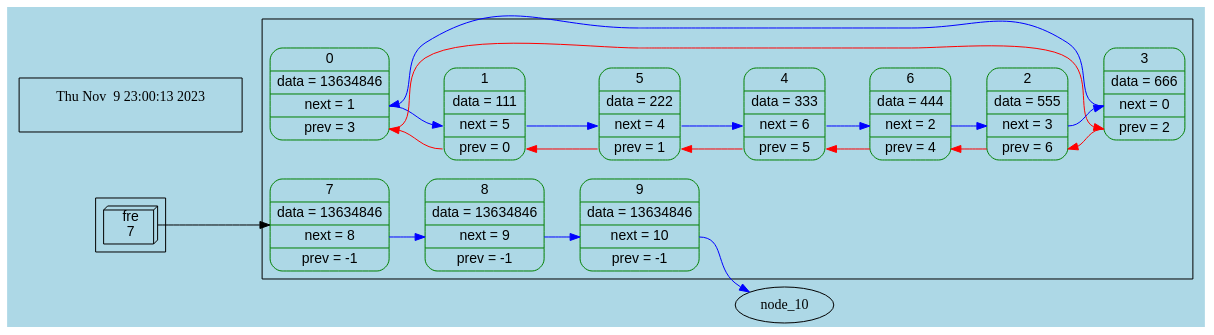
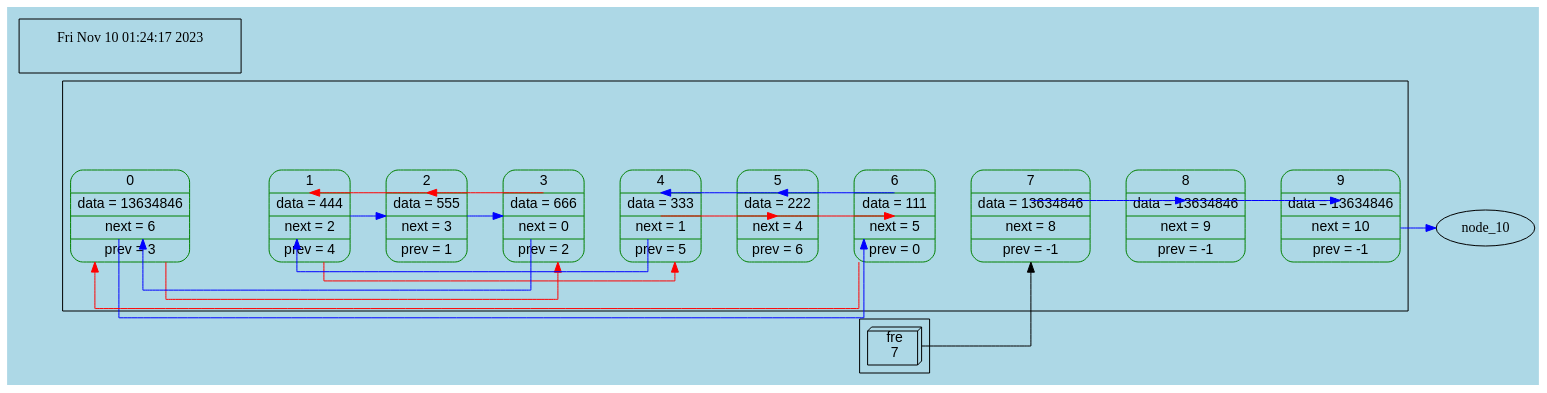
One commit to UjeNeTORT/HashFriendlyList changed the diagram in graph.dot. Above: the diagram before and after it, drawn with Graphviz. The commit also changed 5 other files, not shown here.

```diff
--- a/graph.dot
+++ b/graph.dot
@@ -1,62 +1,72 @@
 digraph list_1681692777 {
 rankdir = LR
+	splines = ortho;
 subgraph cluster_nodes_846930886 {
     node_0 [fontname="Helvetica, Arial, sans-serif"style=rounded
 color = green
- shape = record, label = " 0 | data = 13634846 | <fnext> next = 1 | <fprev> prev = 3 "];
+ shape = record, label = " 0 | data = 13634846 | <fnext> next = 6 | <fprev> prev = 3 "];
     node_1 [fontname="Helvetica, Arial, sans-serif"style=rounded
 color = green
- shape = record, label = " 1 | data = 111 | <fnext> next = 5 | <fprev> prev = 0 "];
+ shape = record, label = " 1 | data = 444 | <fnext> next = 2 | <fprev> prev = 4 "];
     node_2 [fontname="Helvetica, Arial, sans-serif"style=rounded
 color = green
- shape = record, label = " 2 | data = 555 | <fnext> next = 3 | <fprev> prev = 6 "];
+ shape = record, label = " 2 | data = 555 | <fnext> next = 3 | <fprev> prev = 1 "];
     node_3 [fontname="Helvetica, Arial, sans-serif"style=rounded
 color = green
  shape = record, label = " 3 | data = 666 | <fnext> next = 0 | <fprev> prev = 2 "];
     node_4 [fontname="Helvetica, Arial, sans-serif"style=rounded
 color = green
- shape = record, label = " 4 | data = 333 | <fnext> next = 6 | <fprev> prev = 5 "];
+ shape = record, label = " 4 | data = 333 | <fnext> next = 1 | <fprev> prev = 5 "];
     node_5 [fontname="Helvetica, Arial, sans-serif"style=rounded
 color = green
- shape = record, label = " 5 | data = 222 | <fnext> next = 4 | <fprev> prev = 1 "];
+ shape = record, label = " 5 | data = 222 | <fnext> next = 4 | <fprev> prev = 6 "];
     node_6 [fontname="Helvetica, Arial, sans-serif"style=rounded
 color = green
- shape = record, label = " 6 | data = 444 | <fnext> next = 2 | <fprev> prev = 4 "];
+ shape = record, label = " 6 | data = 111 | <fnext> next = 5 | <fprev> prev = 0 "];
     node_7 [fontname="Helvetica, Arial, sans-serif"style=rounded
 color = green
  shape = record, label = " 7 | data = 13634846 | <fnext> next = 8 | <fprev> prev = -1 "];
     node_8 [fontname="Helvetica, Arial, sans-serif"style=rounded
 color = green
  shape = record, label = " 8 | data = 13634846 | <fnext> next = 9 | <fprev> prev = -1 "];
     node_9 [fontname="Helvetica, Arial, sans-serif"style=rounded
 color = green
  shape = record, label = " 9 | data = 13634846 | <fnext> next = 10 | <fprev> prev = -1 "];
 }
 val_fre -> node_7;
-node_0: <fnext> -> node_1: <fnext> [color = blue];
-node_1: <fnext> -> node_5: <fnext> [color = blue];
+	node_0 -> node_1[weight = 100, style = invis];
+ 	node_1 -> node_2[weight = 100, style = invis];
+ 	node_2 -> node_3[weight = 100, style = invis];
+ 	node_3 -> node_4[weight = 100, style = invis];
+ 	node_4 -> node_5[weight = 100, style = invis];
+ 	node_5 -> node_6[weight = 100, style = invis];
+ 	node_6 -> node_7[weight = 100, style = invis];
+ 	node_7 -> node_8[weight = 100, style = invis];
+ 	node_8 -> node_9[weight = 100, style = invis];
+ node_0: <fnext> -> node_6: <fnext> [color = blue];
+node_1: <fnext> -> node_2: <fnext> [color = blue];
 node_2: <fnext> -> node_3: <fnext> [color = blue];
 node_3: <fnext> -> node_0: <fnext> [color = blue];
-node_4: <fnext> -> node_6: <fnext> [color = blue];
+node_4: <fnext> -> node_1: <fnext> [color = blue];
 node_5: <fnext> -> node_4: <fnext> [color = blue];
-node_6: <fnext> -> node_2: <fnext> [color = blue];
+node_6: <fnext> -> node_5: <fnext> [color = blue];
 node_7: <fnext> -> node_8: <fnext> [color = blue];
 node_8: <fnext> -> node_9: <fnext> [color = blue];
 node_9: <fnext> -> node_10: <fnext> [color = blue];
 node_0: <fprev> -> node_3: <fprev> [color = red];
-node_1: <fprev> -> node_0: <fprev> [color = red];
-node_2: <fprev> -> node_6: <fprev> [color = red];
+node_1: <fprev> -> node_4: <fprev> [color = red];
+node_2: <fprev> -> node_1: <fprev> [color = red];
 node_3: <fprev> -> node_2: <fprev> [color = red];
 node_4: <fprev> -> node_5: <fprev> [color = red];
-node_5: <fprev> -> node_1: <fprev> [color = red];
-node_6: <fprev> -> node_4: <fprev> [color = red];
+node_5: <fprev> -> node_6: <fprev> [color = red];
+node_6: <fprev> -> node_0: <fprev> [color = red];
 subgraph cluster_val {
      val_fre  [ shape = box3d, fontname="Helvetica, Arial, sans-serif", label = " fre
 7 "];
 }
 bgcolor="lightblue"
 subgraph cluster_add_info_1804289383{
-node_add_info [shape = plaintext, label = " Thu Nov  9 23:00:13 2023
+node_add_info [shape = plaintext, label = " Fri Nov 10 01:24:17 2023
  "];
 }
 }
```
